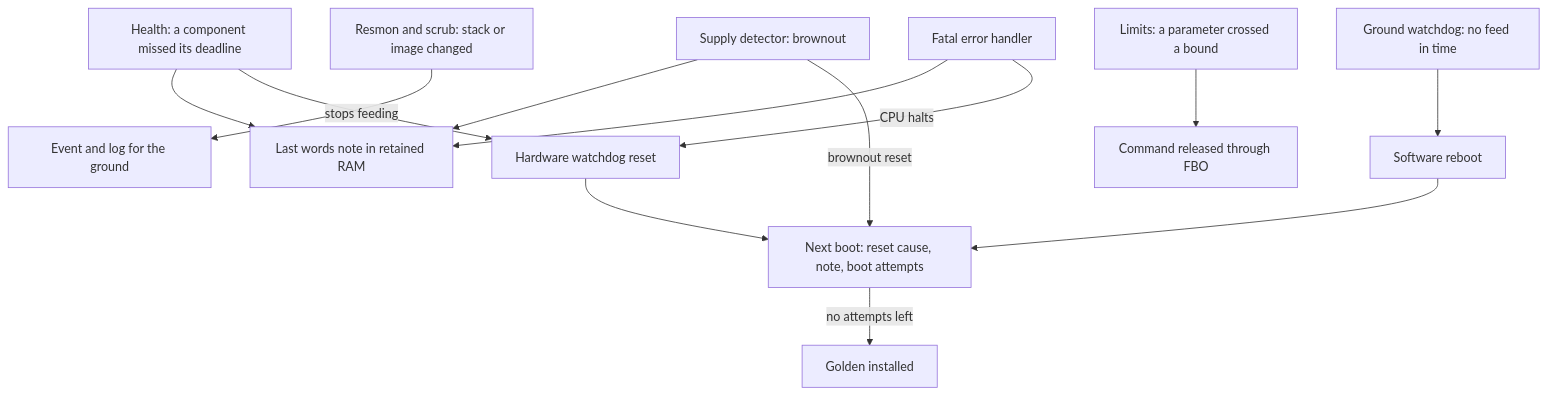
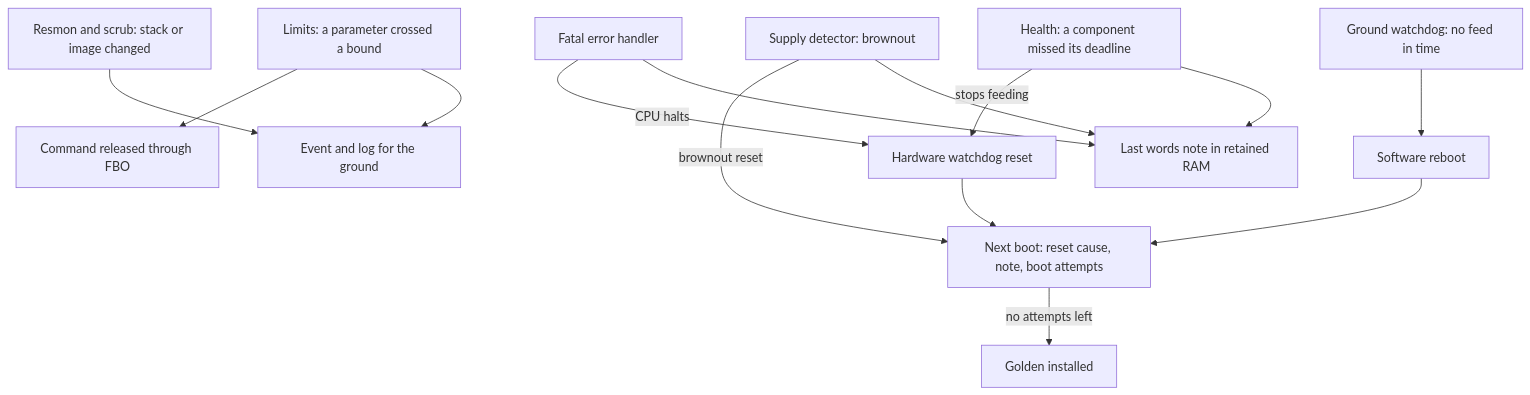
The diagram in docs/architecture/fault-recovery.md (dgonzalez97/k-fsw), drawn with Mermaid before and after one commit. The commit also changed other lines of this file and 17 other files, not shown here.

````diff
--- a/docs/architecture/fault-recovery.md
+++ b/docs/architecture/fault-recovery.md
@@ -12,29 +11,30 @@
 ```mermaid
 flowchart TD
     HEALTH["Health: a component missed its deadline"]
     FATAL["Fatal error handler"]
     SUPPLY["Supply detector: brownout"]
     GNDWDT["Ground watchdog: no feed in time"]
     LIMITS["Limits: a parameter crossed a bound"]
     MONITORS["Resmon and scrub: stack or image changed"]
     NOTE["Last words note in retained RAM"]
     EVENT["Event and log for the ground"]
     ACTION["Command released through FBO"]
     IWDG["Hardware watchdog reset"]
     REBOOT["Software reboot"]
     BOOT["Next boot: reset cause, note, boot attempts"]
     GOLDEN["Golden installed"]
 
     MONITORS --> EVENT
+    LIMITS --> EVENT
     LIMITS --> ACTION
     HEALTH --> NOTE
     HEALTH -- "stops feeding" --> IWDG
     FATAL --> NOTE
     FATAL -- "CPU halts" --> IWDG
     SUPPLY --> NOTE
     SUPPLY -- "brownout reset" --> BOOT
     GNDWDT --> REBOOT
     IWDG --> BOOT
     REBOOT --> BOOT
     BOOT -- "no attempts left" --> GOLDEN
 ```
````
